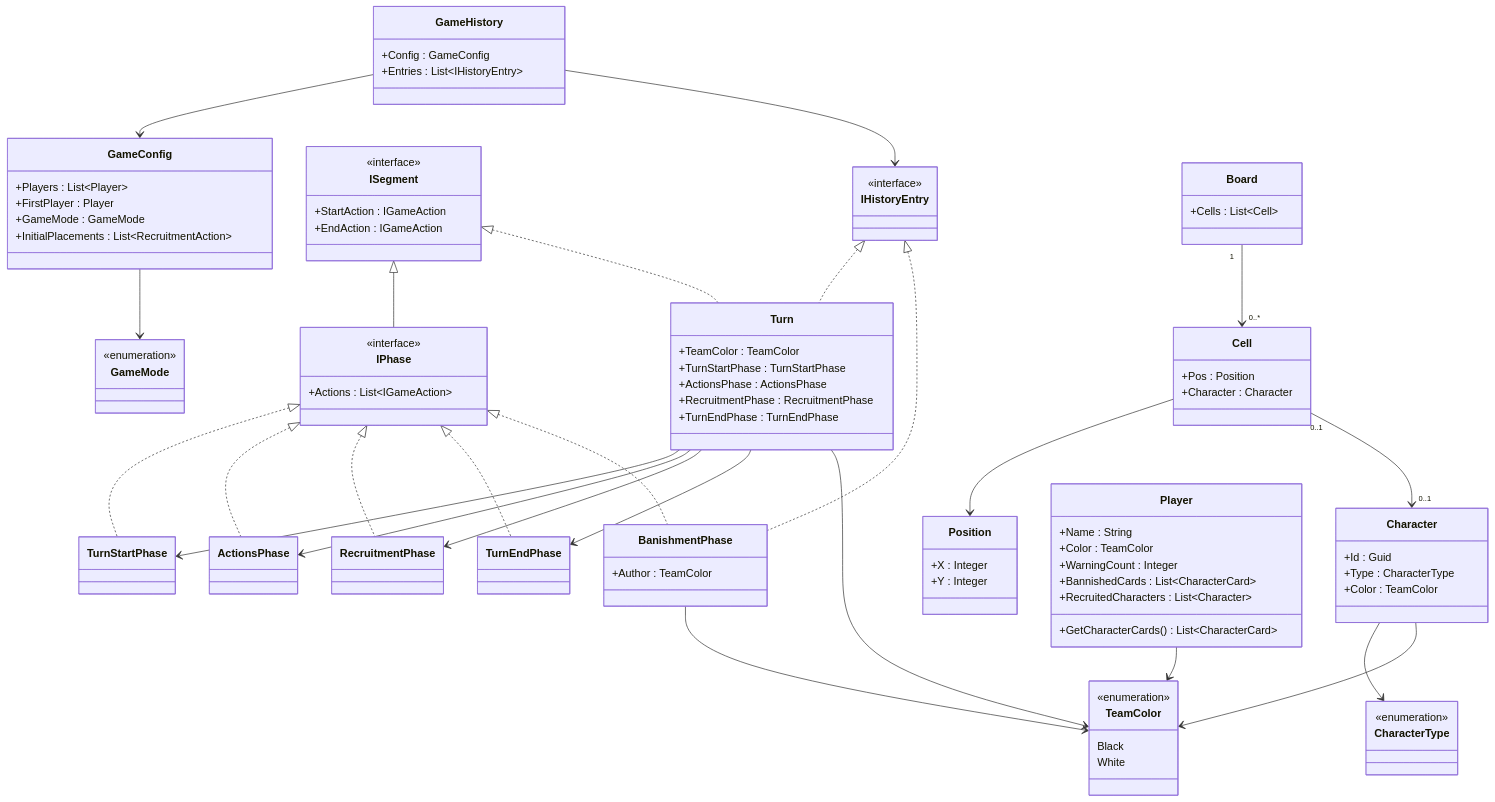
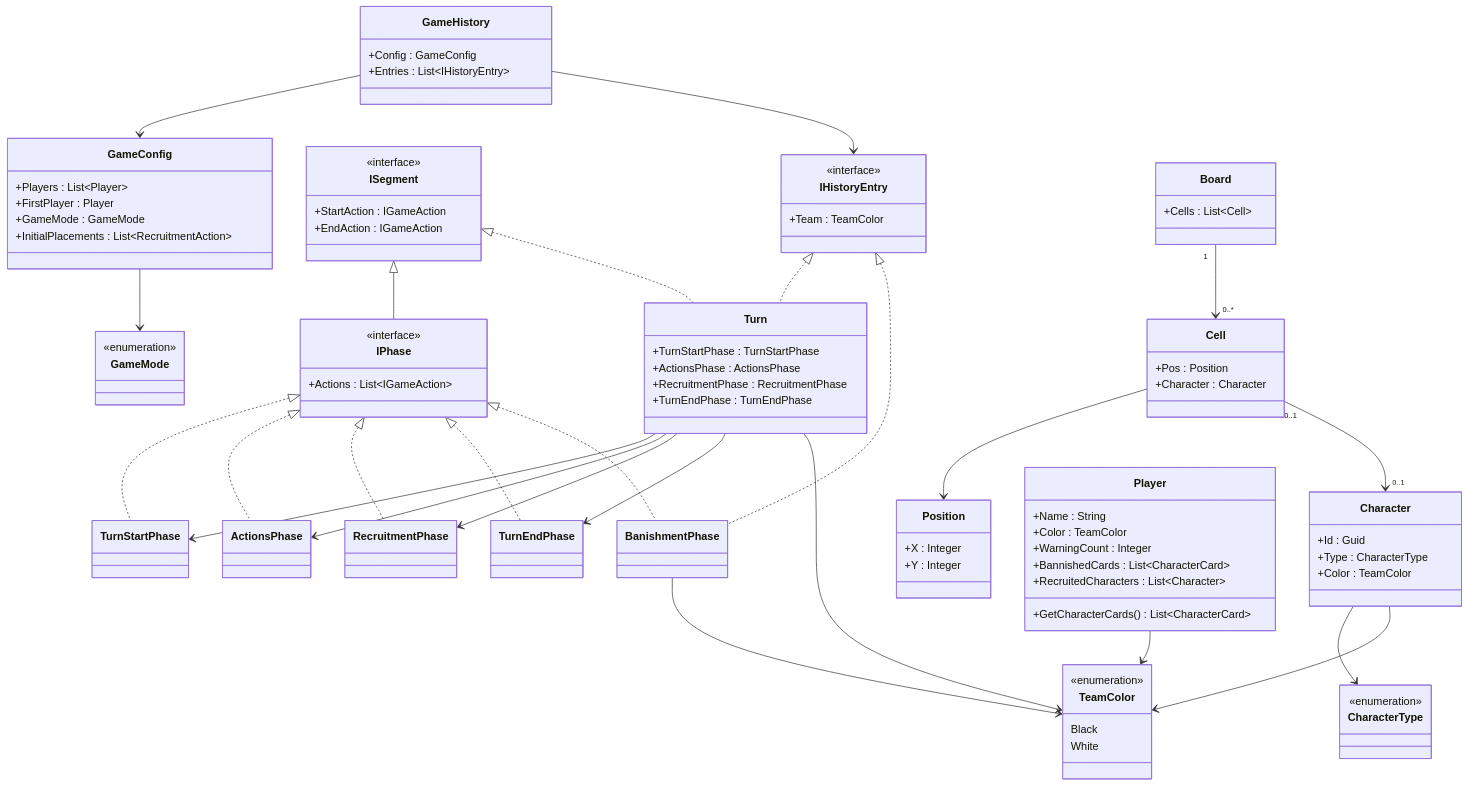
One commit to PaulRosselle/leaders_board_game changed the diagram in docs/GameLogic/uml_entities_gamelogic.mmd. Above: the diagram before and after it, drawn with Mermaid. The commit also changed 3 other files, not shown here.

```diff
--- a/docs/GameLogic/uml_entities_gamelogic.mmd
+++ b/docs/GameLogic/uml_entities_gamelogic.mmd
@@ -1,124 +1,122 @@
 classDiagram
     direction TB
 
     %% Enums
     class TeamColor {
         <<enumeration>>
         Black
         White
     }
 
     class CharacterType {
         <<enumeration>>
     }
 
     class GameMode {
         <<enumeration>>
     }
 
     %% Interfaces
     class IHistoryEntry {
         <<interface>>
+        +Team : TeamColor
     }
 
     class ISegment {
         <<interface>>
         +StartAction : IGameAction
         +EndAction : IGameAction
     }
 
     class IPhase {
         <<interface>>
         +Actions : List~IGameAction~
     }
 
     %% Phases
     class TurnStartPhase
     class ActionsPhase
     class RecruitmentPhase
     class TurnEndPhase
-    class BanishmentPhase {
-        +Author : TeamColor
-    }
+    class BanishmentPhase
 
     %% Turn
     class Turn {
-        +TeamColor : TeamColor
         +TurnStartPhase : TurnStartPhase
         +ActionsPhase : ActionsPhase
         +RecruitmentPhase : RecruitmentPhase
         +TurnEndPhase : TurnEndPhase
     }
 
     %% History
     class GameConfig {
         +Players : List~Player~
         +FirstPlayer : Player
         +GameMode : GameMode
         +InitialPlacements : List~RecruitmentAction~
     }
 
     class GameHistory {
         +Config : GameConfig
         +Entries : List~IHistoryEntry~
     }
 
     %% Entités
     class Position {
         +X : Integer
         +Y : Integer
     }
 
     class Character {
         +Id : Guid
         +Type : CharacterType
         +Color : TeamColor
     }
 
     class Cell {
         +Pos : Position
         +Character : Character
     }
 
     class Board {
         +Cells : List~Cell~
     }
 
     class Player {
         +Name : String
         +Color : TeamColor
         +WarningCount : Integer
         +BannishedCards : List~CharacterCard~
         +RecruitedCharacters : List~Character~
         +GetCharacterCards() List~CharacterCard~
     }
 
     %% Héritage interfaces
     ISegment <|-- IPhase
     IPhase <|.. TurnStartPhase
     IPhase <|.. ActionsPhase
     IPhase <|.. RecruitmentPhase
     IPhase <|.. TurnEndPhase
     IPhase <|.. BanishmentPhase
     ISegment <|.. Turn
     IHistoryEntry <|.. Turn
     IHistoryEntry <|.. BanishmentPhase
 
     %% Relations structurelles
     GameHistory --> GameConfig
     GameHistory --> IHistoryEntry
     Turn --> TurnStartPhase
     Turn --> ActionsPhase
     Turn --> RecruitmentPhase
     Turn --> TurnEndPhase
     Turn --> TeamColor
     BanishmentPhase --> TeamColor
     Board "1" --> "0..*" Cell
     Cell --> Position
     Cell "0..1" --> "0..1" Character
 
     %% Relations vers enums
     Character --> CharacterType
     Character --> TeamColor
     Player --> TeamColor
     GameConfig --> GameMode
```
